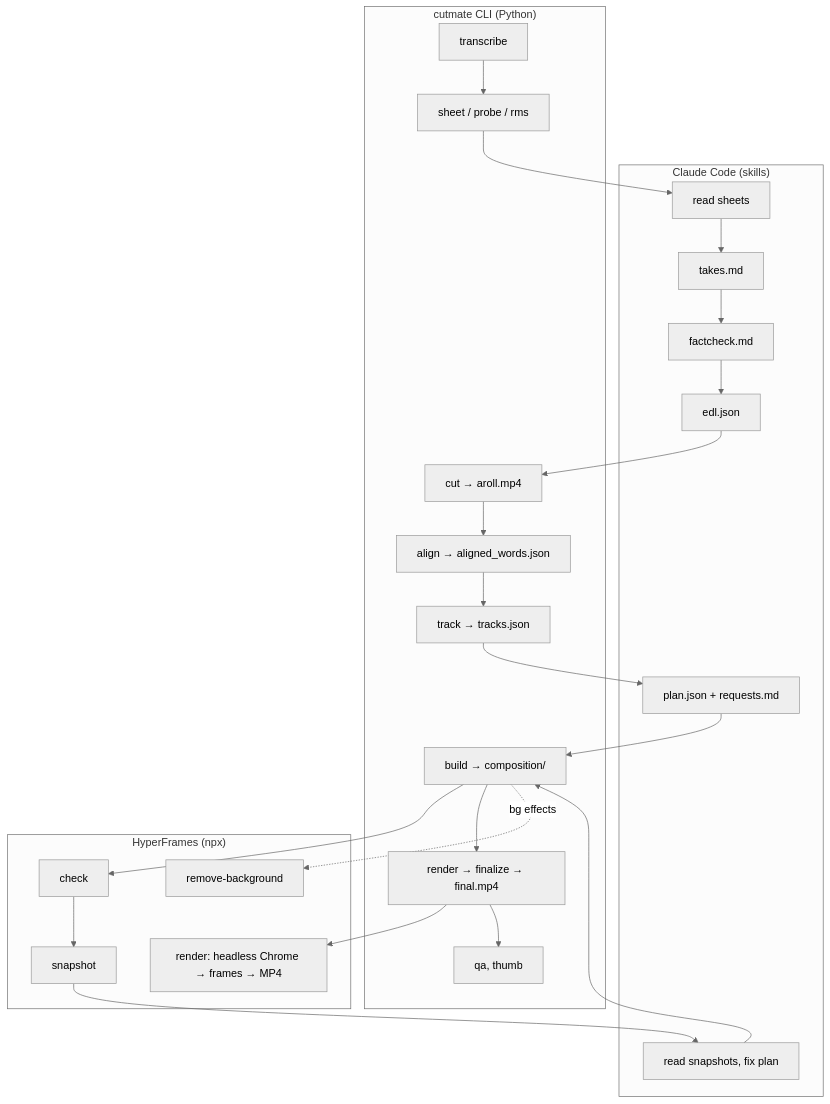
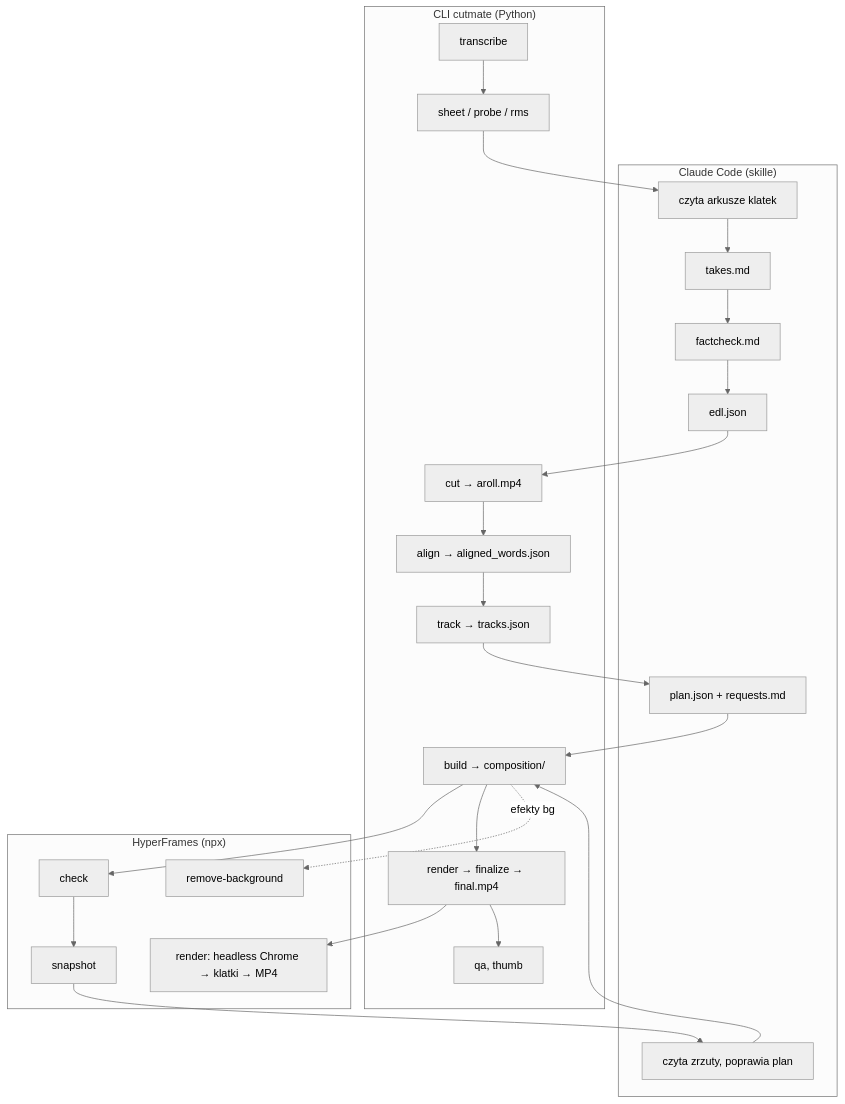
One commit to wisniewskib/cutmate changed the diagram in docs/architecture.md. Above: the diagram before and after it, drawn with Mermaid (neutral theme). The commit also changed other lines of this file and 13 other files, not shown here.

````diff
--- a/docs/architecture.md
+++ b/docs/architecture.md
@@ -20,34 +20,34 @@
 ```mermaid
 flowchart TB
-    subgraph Claude["Claude Code (skills)"]
-        S1[read sheets] --> S2[takes.md]
+    subgraph Claude["Claude Code (skille)"]
+        S1[czyta arkusze klatek] --> S2[takes.md]
         S2 --> S3[factcheck.md]
         S3 --> S4[edl.json]
         S5[plan.json + requests.md]
-        S6[read snapshots, fix plan]
+        S6[czyta zrzuty, poprawia plan]
     end
-    subgraph CLI["cutmate CLI (Python)"]
+    subgraph CLI["CLI cutmate (Python)"]
         C1[transcribe] --> C2[sheet / probe / rms]
         C3[cut → aroll.mp4] --> C4[align → aligned_words.json]
         C4 --> C5[track → tracks.json]
         C6[build → composition/]
         C7[render → finalize → final.mp4]
         C8[qa, thumb]
     end
     subgraph HF["HyperFrames (npx)"]
         H1[check] --> H2[snapshot]
-        H3[render: headless Chrome → frames → MP4]
+        H3[render: headless Chrome → klatki → MP4]
         H4[remove-background]
     end
     C2 --> S1
     S4 --> C3
     C5 --> S5
     S5 --> C6
     C6 --> H1
     H2 --> S6
     S6 --> C6
     C6 --> C7
     C7 --> H3
-    C6 -. bg effects .-> H4
+    C6 -. efekty bg .-> H4
     C7 --> C8
 ```
````
